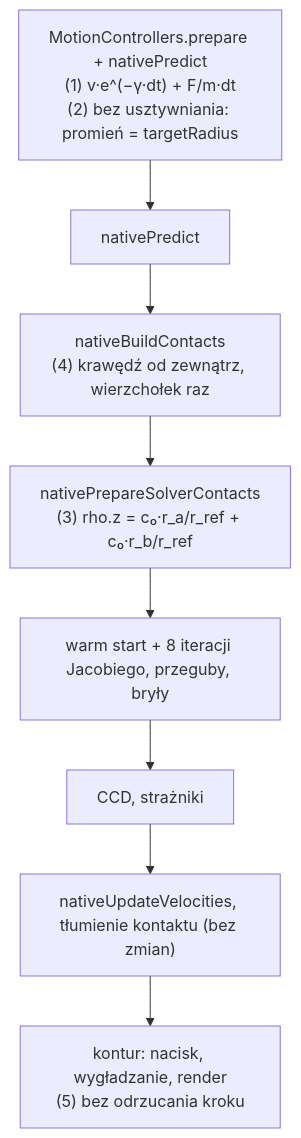
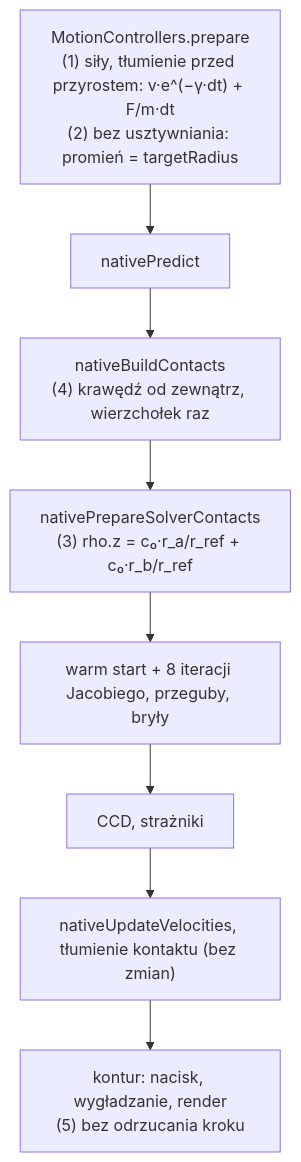
One commit to MariuszAdamowicz/BubblePhysics changed the third of 3 diagrams in docs/sdlc/changes/2026-11-20-engine-3-0-0/change-design.md. Above: the diagram before and after it, drawn with Mermaid. The commit also changed other lines of this file, not shown here.

First line of the commit message:
docs(change-design): prędkość narzucona bez tłumienia, uwagi autora

````diff
--- a/docs/sdlc/changes/2026-11-20-engine-3-0-0/change-design.md
+++ b/docs/sdlc/changes/2026-11-20-engine-3-0-0/change-design.md
@@ -141,10 +142,10 @@
 ```mermaid
 flowchart TD
-  prep["MotionControllers.prepare + nativePredict<br/>(1) v·e^(−γ·dt) + F/m·dt<br/>(2) bez usztywniania: promień = targetRadius"] --> predict["nativePredict"]
+  prep["MotionControllers.prepare<br/>(1) siły, tłumienie przed przyrostem: v·e^(−γ·dt) + F/m·dt<br/>(2) bez usztywniania: promień = targetRadius"] --> predict["nativePredict"]
   predict --> build["nativeBuildContacts<br/>(4) krawędź od zewnątrz, wierzchołek raz"]
   build --> prepc["nativePrepareSolverContacts<br/>(3) rho.z = c₀·r_a/r_ref + c₀·r_b/r_ref"]
   prepc --> solve["warm start + 8 iteracji Jacobiego, przeguby, bryły"]
   solve --> guards["CCD, strażniki"]
   guards --> vel["nativeUpdateVelocities, tłumienie kontaktu (bez zmian)"]
   vel --> contour["kontur: nacisk, wygładzanie, render<br/>(5) bez odrzucania kroku"]
 ```
````
